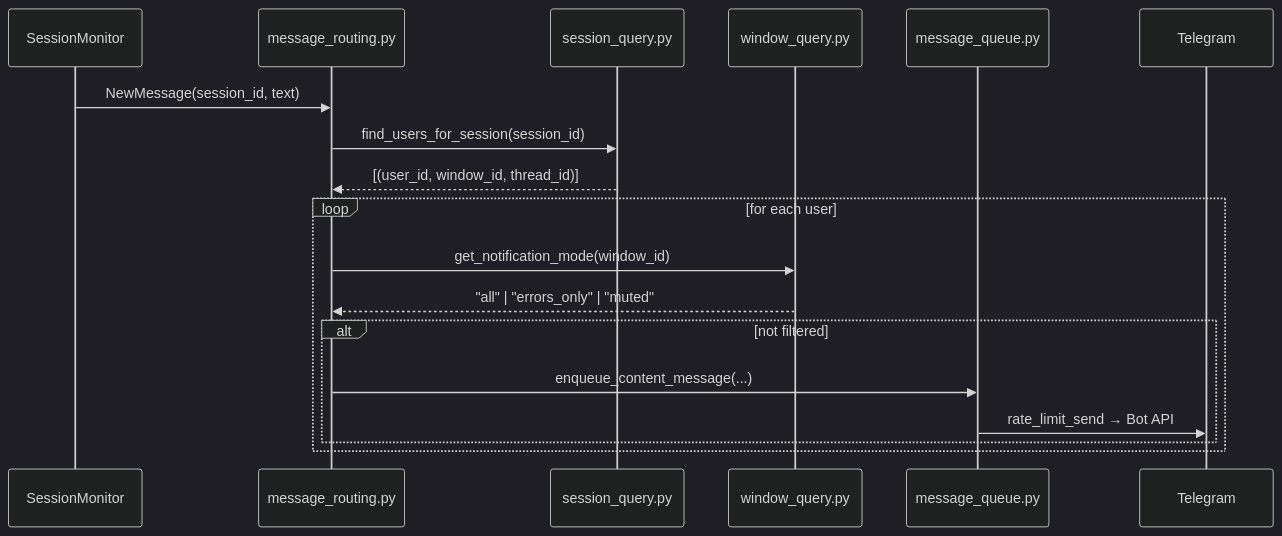
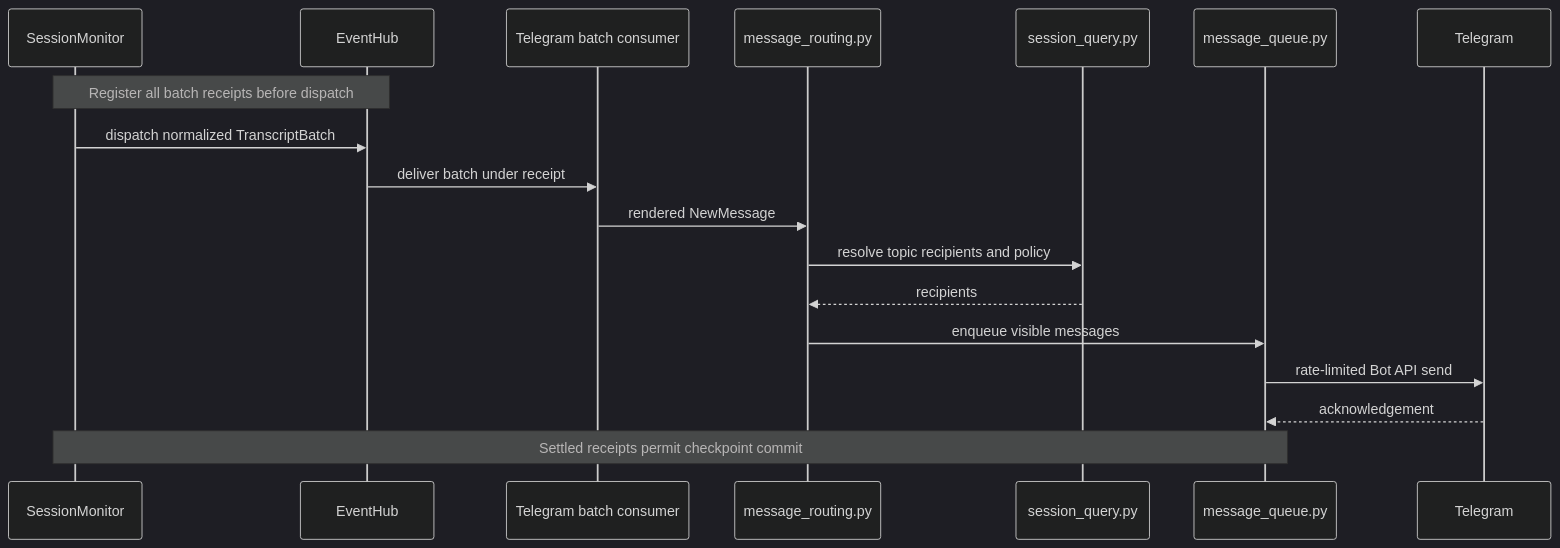
One commit to Exzentttt/ccgram changed the fifth of 8 diagrams in docs/architecture.md. Above: the diagram before and after it, drawn with Mermaid (dark theme). The commit also changed other lines of this file and 142 other files, not shown here.

First line of the commit message:
feat(protocol): move Telegram onto the shared session core

````diff
--- a/docs/architecture.md
+++ b/docs/architecture.md
@@ -238,21 +163,21 @@
 ```mermaid
 sequenceDiagram
-    participant SessionMonitor
-    participant MsgRouting as message_routing.py
-    participant SQ as session_query.py
-    participant WQ as window_query.py
-    participant MsgQueue as message_queue.py
+    participant Monitor as SessionMonitor
+    participant Hub as EventHub
+    participant Adapter as Telegram batch consumer
+    participant Routing as message_routing.py
+    participant Query as session_query.py
+    participant Queue as message_queue.py
     participant Telegram
 
-    SessionMonitor->>MsgRouting: NewMessage(session_id, text)
-    MsgRouting->>SQ: find_users_for_session(session_id)
-    SQ-->>MsgRouting: [(user_id, window_id, thread_id)]
-    loop for each user
-        MsgRouting->>WQ: get_notification_mode(window_id)
-        WQ-->>MsgRouting: "all" | "errors_only" | "muted"
-        alt not filtered
-            MsgRouting->>MsgQueue: enqueue_content_message(...)
-            MsgQueue->>Telegram: rate_limit_send → Bot API
-        end
-    end
+    Note over Monitor,Hub: Register all batch receipts before dispatch
+    Monitor->>Hub: dispatch normalized TranscriptBatch
+    Hub->>Adapter: deliver batch under receipt
+    Adapter->>Routing: rendered NewMessage
+    Routing->>Query: resolve topic recipients and policy
+    Query-->>Routing: recipients
+    Routing->>Queue: enqueue visible messages
+    Queue->>Telegram: rate-limited Bot API send
+    Telegram-->>Queue: acknowledgement
+    Note over Queue,Monitor: Settled receipts permit checkpoint commit
 ```
````
